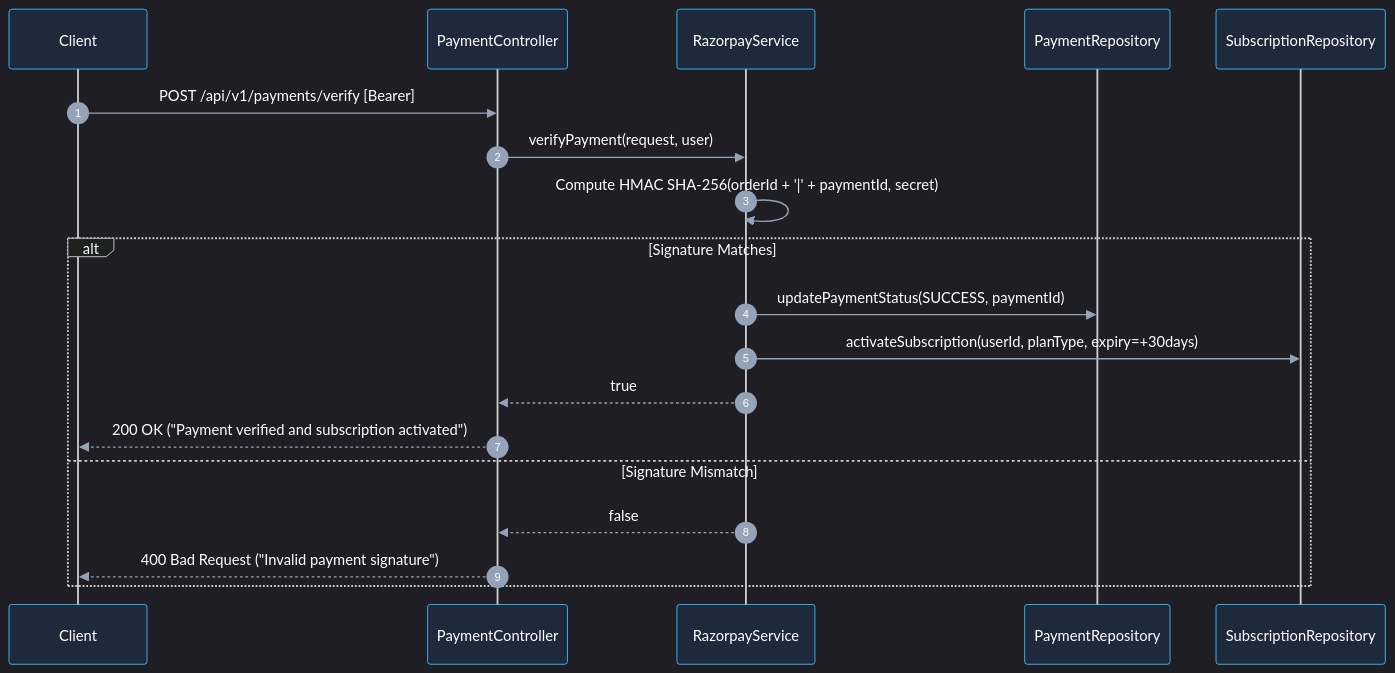
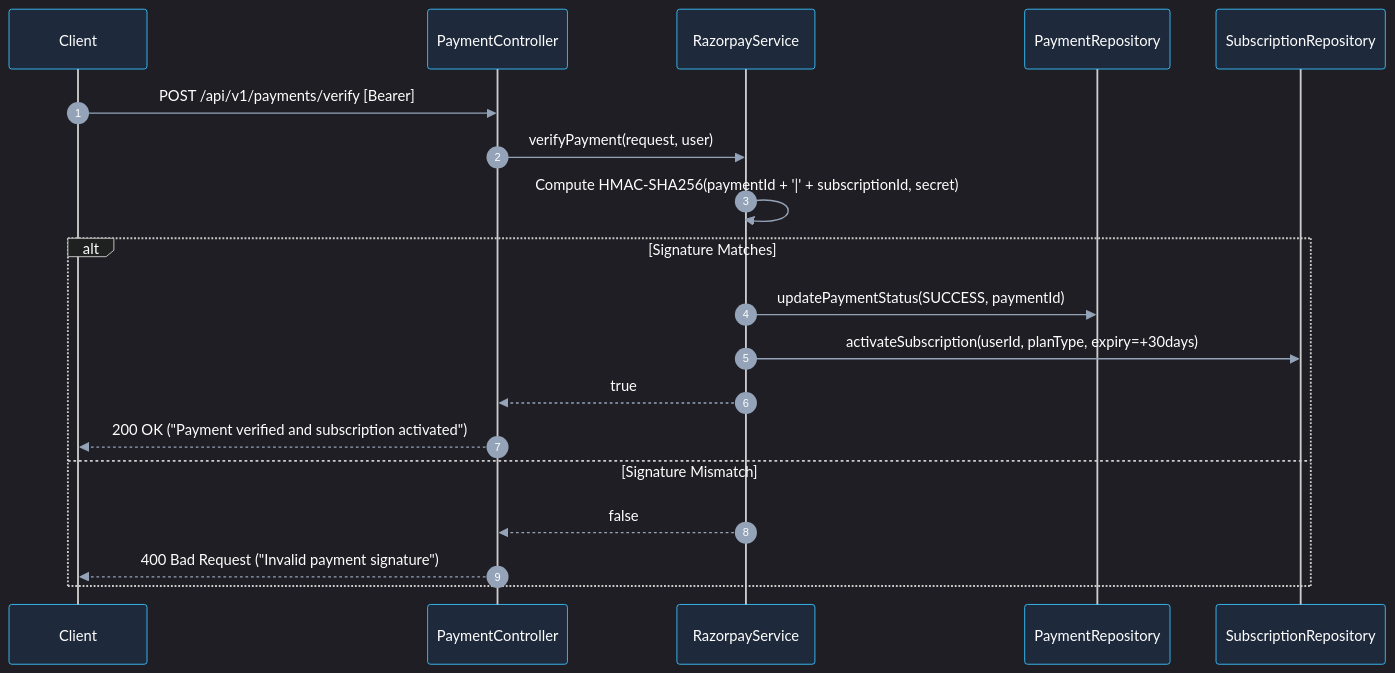
One commit to Mohitur669/speakit changed diagram 30 of 37 in docs/API-Spec.md. Above: the diagram before and after it, drawn with Mermaid. The commit also changed other lines of this file and 1 other file, not shown here.

First line of the commit message:
docs(api): address review feedback on payment verification, token claims, and service contracts

````diff
--- a/docs/API-Spec.md
+++ b/docs/API-Spec.md
@@ -1396,23 +1393,23 @@
 ```mermaid
 %%{init: {'theme': 'dark', 'themeVariables': {'textColor': '#ffffff', 'primaryTextColor': '#ffffff', 'actorTextColor': '#ffffff', 'actorBkg': '#1e293b', 'actorBorder': '#38bdf8', 'signalColor': '#94a3b8', 'signalTextColor': '#ffffff', 'labelTextColor': '#ffffff', 'loopTextColor': '#ffffff', 'noteTextColor': '#ffffff', 'noteBkgColor': '#0f172a', 'noteBorderColor': '#475569', 'activationBorderColor': '#38bdf8', 'activationBkgColor': '#334155', 'sequenceNumberColor': '#ffffff'}}}%%
 sequenceDiagram
     autonumber
     participant C as Client
     participant PC as PaymentController
     participant RS as RazorpayService
     participant PR as PaymentRepository
     participant SR as SubscriptionRepository
 
     C->>PC: POST /api/v1/payments/verify [Bearer]
     PC->>RS: verifyPayment(request, user)
-    RS->>RS: Compute HMAC SHA-256(orderId + '|' + paymentId, secret)
+    RS->>RS: Compute HMAC-SHA256(paymentId + '|' + subscriptionId, secret)
     alt Signature Matches
         RS->>PR: updatePaymentStatus(SUCCESS, paymentId)
         RS->>SR: activateSubscription(userId, planType, expiry=+30days)
         RS-->>PC: true
         PC-->>C: 200 OK ("Payment verified and subscription activated")
     else Signature Mismatch
         RS-->>PC: false
         PC-->>C: 400 Bad Request ("Invalid payment signature")
     end
 ```
````
